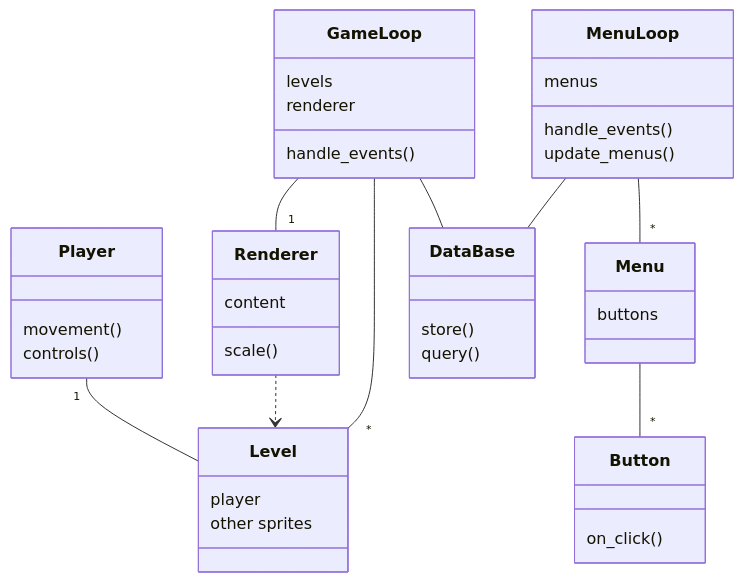
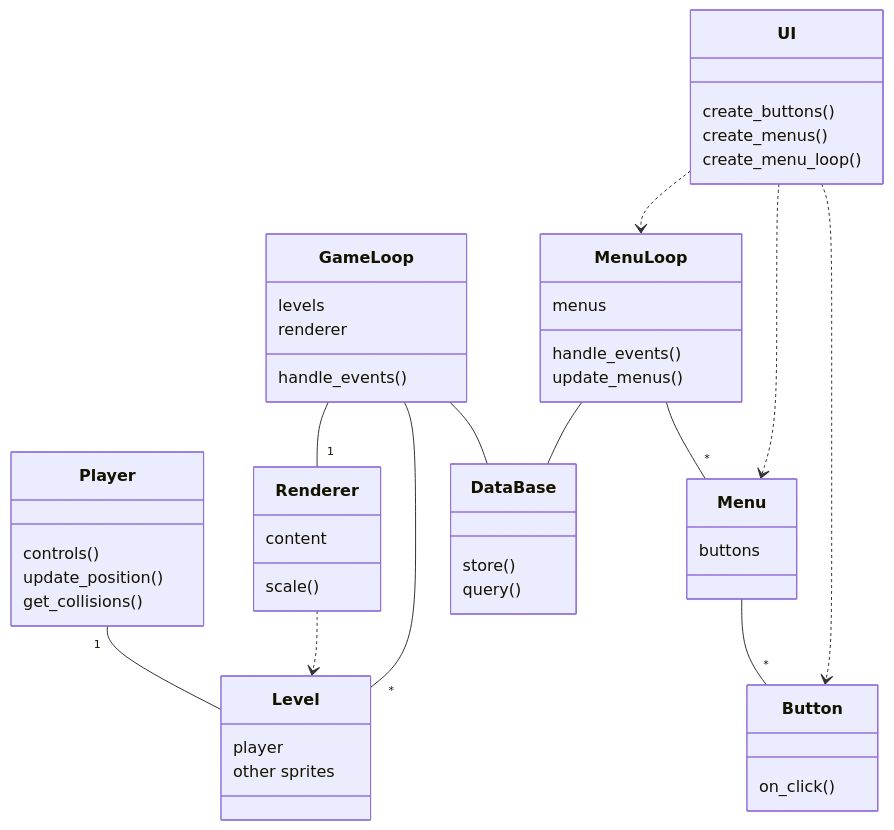
One commit to eemilhaa/ot-harjoitustyo changed the first of 2 diagrams in documentation/architecture.md. Above: the diagram before and after it, drawn with Mermaid. The commit also changed other lines of this file, not shown here.

Commit message:
start cleaning architecture documentation

````diff
--- a/documentation/architecture.md
+++ b/documentation/architecture.md
@@ -8,47 +6,54 @@
 ```mermaid
 classDiagram
   class Player{
-    movement()
     controls()
+    update_position()
+    get_collisions()
   }
   class Level{
     player
     other sprites
   }
   class Renderer{
     content
     scale()
   }
   class GameLoop{
     levels
     renderer
     handle_events()
   }
   class Button{
     on_click()
   }
   class Menu{
     buttons
   }
   class MenuLoop{
     menus
     handle_events()
     update_menus()
   }
+  class UI{
+    create_buttons()
+    create_menus()
+    create_menu_loop()
+  }
   class DataBase{
     store()
     query()
   }
-  
-  
   
   Player "1"-- Level
   Renderer ..> Level
   GameLoop --"*" Level
   GameLoop --"1" Renderer
   GameLoop -- DataBase
   Menu --"*" Button
   MenuLoop --"*" Menu
   MenuLoop -- DataBase
+  UI ..> Button
+  UI ..> Menu
+  UI ..> MenuLoop
   
 ```
````
